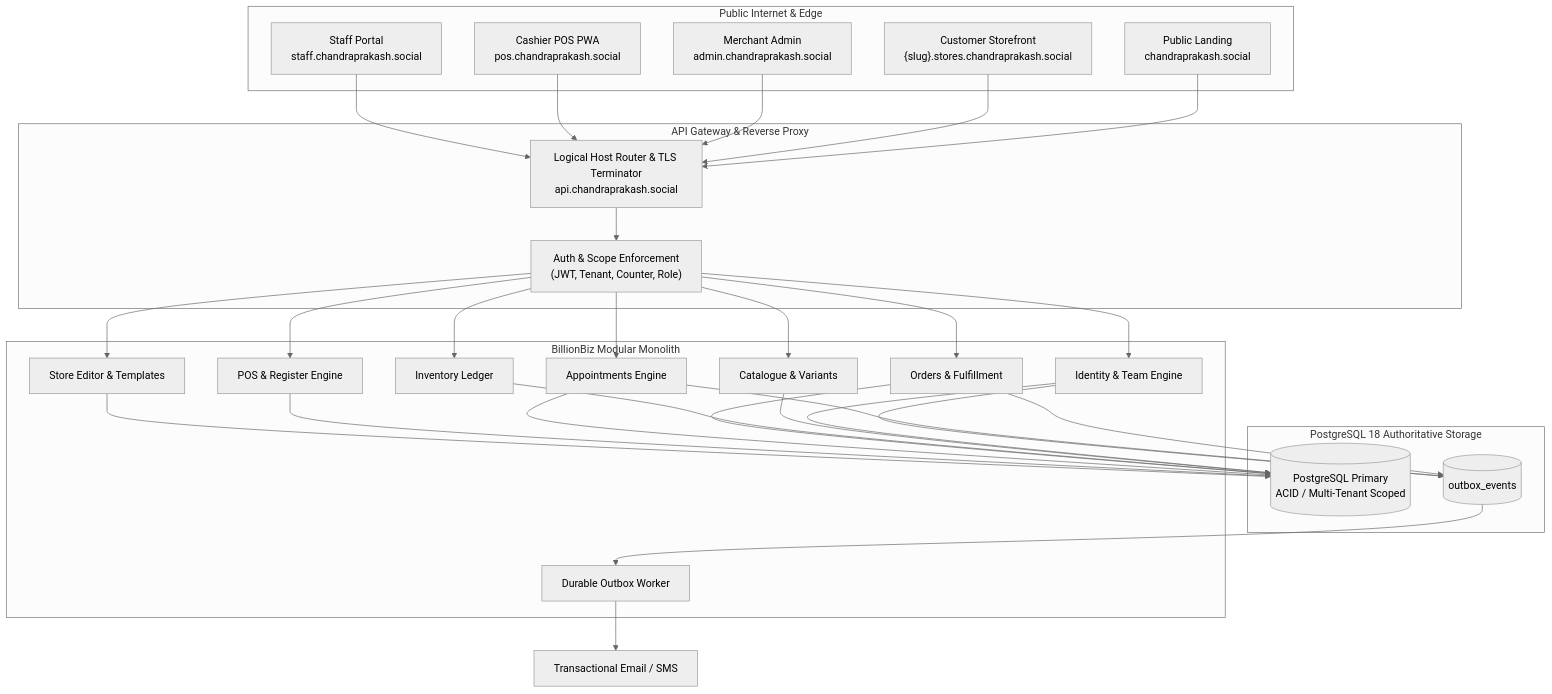
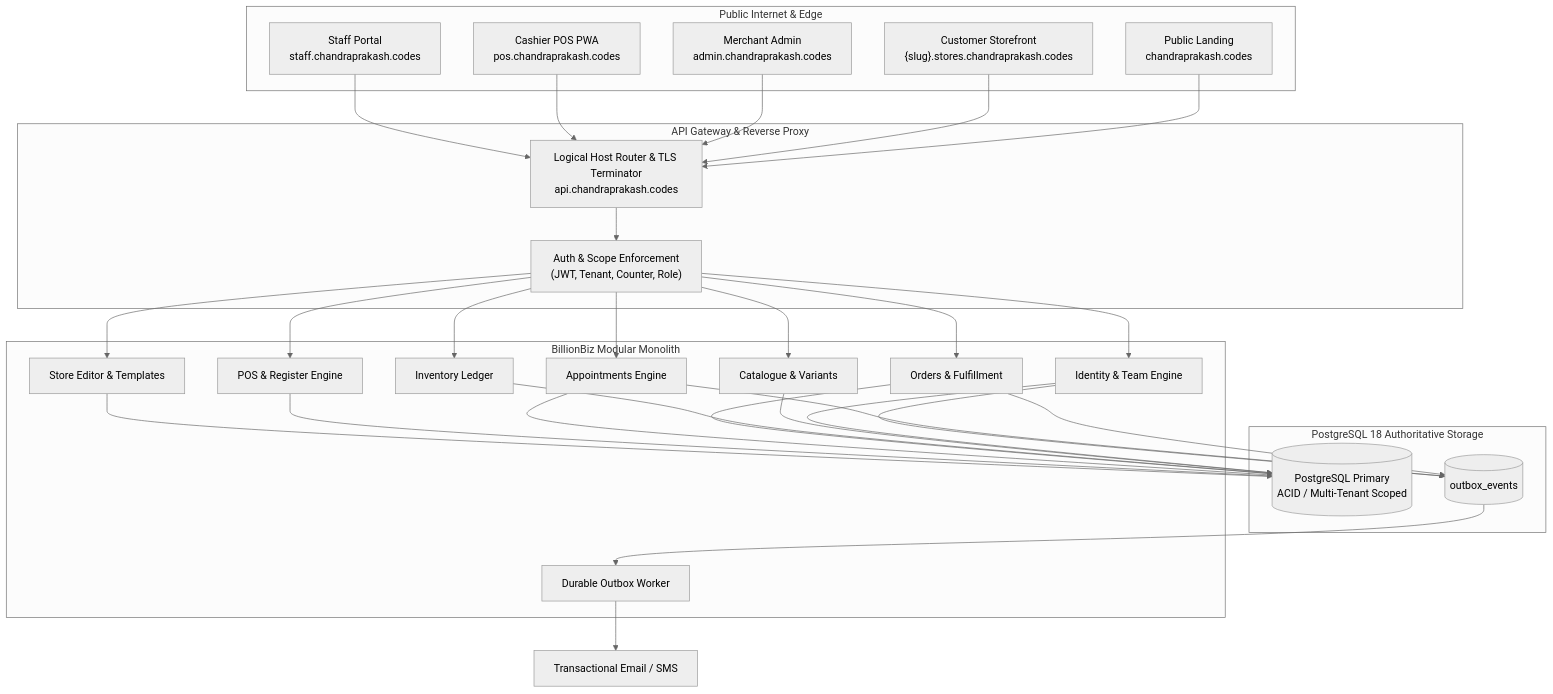
Before and after one commit to 0xchandru/BillionBiz-Prototype: the diagram in decisions/architecture-review-v2.md, drawn with Mermaid (neutral theme). The commit also changed other lines of this file and 17 other files, not shown here.

Commit message:
chore(domains): update platform domain to chandraprakash.codes across architecture, backend routes, tests and manifest

````diff
--- a/decisions/architecture-review-v2.md
+++ b/decisions/architecture-review-v2.md
@@ -62,60 +62,60 @@
 ```mermaid
 flowchart TD
     subgraph Public_Internet["Public Internet & Edge"]
-        Marketing["Public Landing<br/>chandraprakash.social"]
-        Storefront["Customer Storefront<br/>{slug}.stores.chandraprakash.social"]
-        AdminPortal["Merchant Admin<br/>admin.chandraprakash.social"]
-        PosPortal["Cashier POS PWA<br/>pos.chandraprakash.social"]
-        StaffPortal["Staff Portal<br/>staff.chandraprakash.social"]
+        Marketing["Public Landing<br/>chandraprakash.codes"]
+        Storefront["Customer Storefront<br/>{slug}.stores.chandraprakash.codes"]
+        AdminPortal["Merchant Admin<br/>admin.chandraprakash.codes"]
+        PosPortal["Cashier POS PWA<br/>pos.chandraprakash.codes"]
+        StaffPortal["Staff Portal<br/>staff.chandraprakash.codes"]
     end
 
     subgraph API_Gateway["API Gateway & Reverse Proxy"]
-        Gateway["Logical Host Router & TLS Terminator<br/>api.chandraprakash.social"]
+        Gateway["Logical Host Router & TLS Terminator<br/>api.chandraprakash.codes"]
         AuthMiddleware["Auth & Scope Enforcement<br/>(JWT, Tenant, Counter, Role)"]
     end
 
     subgraph Backend_Services["BillionBiz Modular Monolith"]
         Identity["Identity & Team Engine"]
         Catalogue["Catalogue & Variants"]
         Inventory["Inventory Ledger"]
         Orders["Orders & Fulfillment"]
         Appointments["Appointments Engine"]
         POS["POS & Register Engine"]
         StoreEditor["Store Editor & Templates"]
         OutboxWorker["Durable Outbox Worker"]
     end
 
     subgraph Authoritative_Storage["PostgreSQL 18 Authoritative Storage"]
         DB[(PostgreSQL Primary<br/>ACID / Multi-Tenant Scoped)]
         OutboxTable[(outbox_events)]
     end
 
     Marketing --> Gateway
     Storefront --> Gateway
     AdminPortal --> Gateway
     PosPortal --> Gateway
     StaffPortal --> Gateway
 
     Gateway --> AuthMiddleware
     AuthMiddleware --> Identity
     AuthMiddleware --> Catalogue
     AuthMiddleware --> Inventory
     AuthMiddleware --> Orders
     AuthMiddleware --> Appointments
     AuthMiddleware --> POS
     AuthMiddleware --> StoreEditor
 
     Identity --> DB
     Catalogue --> DB
     Inventory --> DB
     Orders --> DB
     Appointments --> DB
     POS --> DB
     StoreEditor --> DB
     Orders --> OutboxTable
     Appointments --> OutboxTable
     Identity --> OutboxTable
 
     OutboxTable --> OutboxWorker
     OutboxWorker --> EmailProvider["Transactional Email / SMS"]
 ```
````
